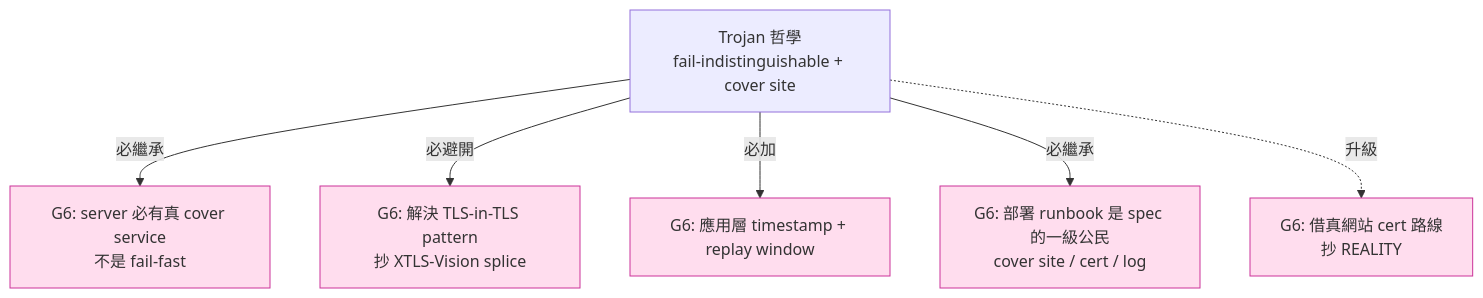
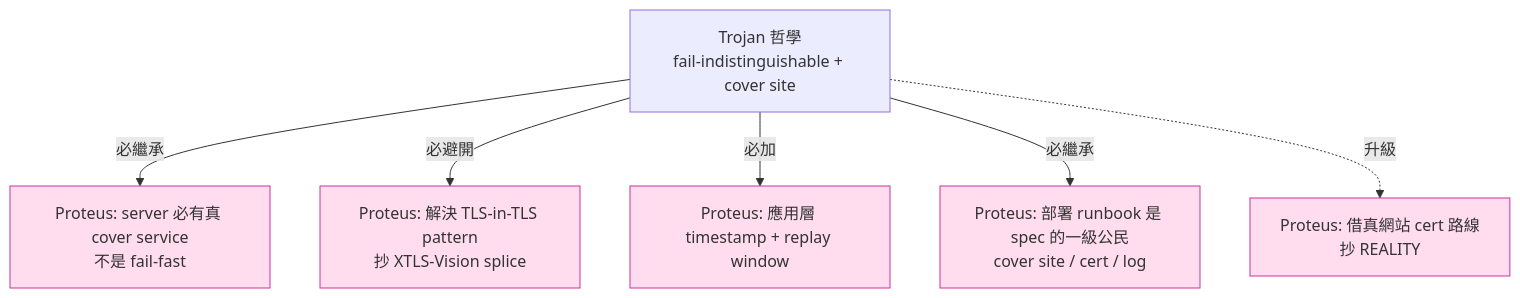
The fourth of 4 diagrams in lessons/part-7-proxy-protocols/7.7-trojan.md (Icarus603/network-from-scratch), drawn with Mermaid before and after one commit. The commit also changed other lines of this file and 300 other files, not shown here.

````diff
--- a/lessons/part-7-proxy-protocols/7.7-trojan.md
+++ b/lessons/part-7-proxy-protocols/7.7-trojan.md
@@ -463,12 +463,12 @@
 ```mermaid
 flowchart TD
     Trojan[Trojan 哲學<br/>fail-indistinguishable + cover site]
-    Trojan -- 必繼承 --> G_FALL[G6: server 必有真 cover service<br/>不是 fail-fast]
-    Trojan -- 必避開 --> G_TLSINTLS[G6: 解決 TLS-in-TLS pattern<br/>抄 XTLS-Vision splice]
-    Trojan -- 必加 --> G_REPLAY[G6: 應用層 timestamp + replay window]
-    Trojan -- 必繼承 --> G_RUNBOOK[G6: 部署 runbook 是 spec 的一級公民<br/>cover site / cert / log]
-    Trojan -. 升級 .-> G_REALITY[G6: 借真網站 cert 路線<br/>抄 REALITY]
+    Trojan -- 必繼承 --> G_FALL[Proteus: server 必有真 cover service<br/>不是 fail-fast]
+    Trojan -- 必避開 --> G_TLSINTLS[Proteus: 解決 TLS-in-TLS pattern<br/>抄 XTLS-Vision splice]
+    Trojan -- 必加 --> G_REPLAY[Proteus: 應用層 timestamp + replay window]
+    Trojan -- 必繼承 --> G_RUNBOOK[Proteus: 部署 runbook 是 spec 的一級公民<br/>cover site / cert / log]
+    Trojan -. 升級 .-> G_REALITY[Proteus: 借真網站 cert 路線<br/>抄 REALITY]
 
     classDef ours fill:#fde,stroke:#c39
     class G_FALL,G_TLSINTLS,G_REPLAY,G_RUNBOOK,G_REALITY ours
 ```
````
